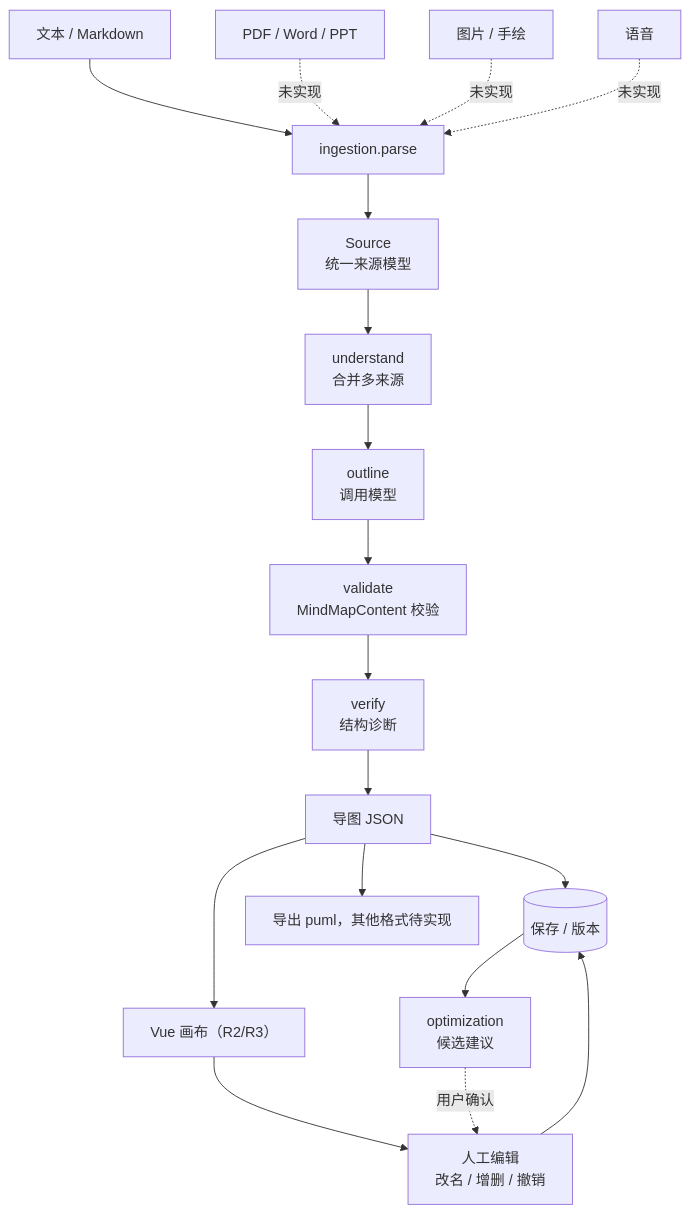
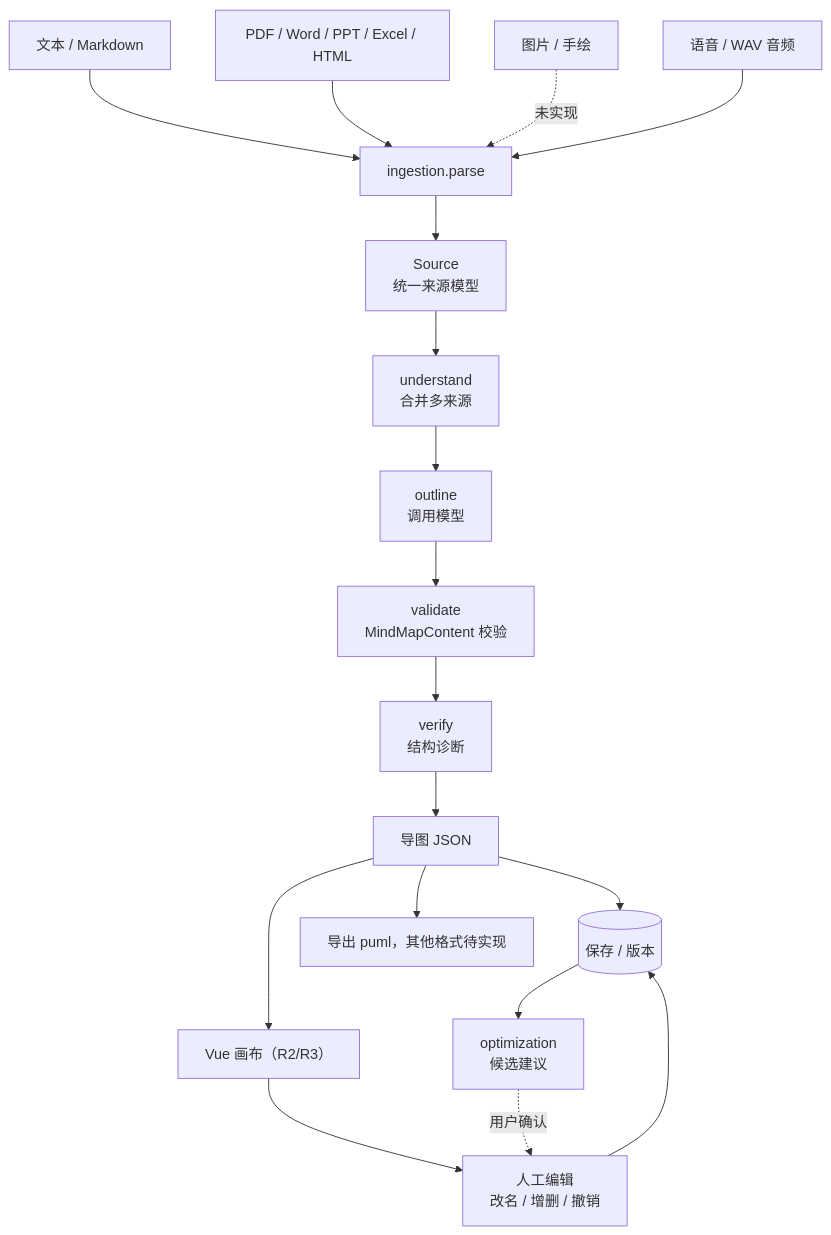
Before and after one commit to RPeGio/genai-mindmap: the diagram in docs/FLOW.md, drawn with Mermaid. The commit also changed other lines of this file and 6 other files, not shown here.

````diff
--- a/docs/FLOW.md
+++ b/docs/FLOW.md
@@ -7,22 +7,22 @@
 ```mermaid
 flowchart TD
   A1[文本 / Markdown] --> S[ingestion.parse]
-  A2[PDF / Word / PPT] -.未实现.-> S
+  A2[PDF / Word / PPT / Excel / HTML] --> S
   A3[图片 / 手绘] -.未实现.-> S
-  A4[语音] -.未实现.-> S
+  A4[语音 / WAV 音频] --> S
 
   S --> SRC[Source<br/>统一来源模型]
   SRC --> U[understand<br/>合并多来源]
   U --> O[outline<br/>调用模型]
   O --> V[validate<br/>MindMapContent 校验]
   V --> R[verify<br/>结构诊断]
   R --> MAP[导图 JSON]
 
   MAP --> SAVE[(保存 / 版本)]
   MAP --> CANVAS[Vue 画布（R2/R3）]
   CANVAS --> EDIT[人工编辑<br/>改名 / 增删 / 撤销]
   EDIT --> SAVE
   MAP --> EXP[导出 puml，其他格式待实现]
   SAVE --> SUG[optimization<br/>候选建议]
   SUG -.用户确认.-> EDIT
 ```
````
